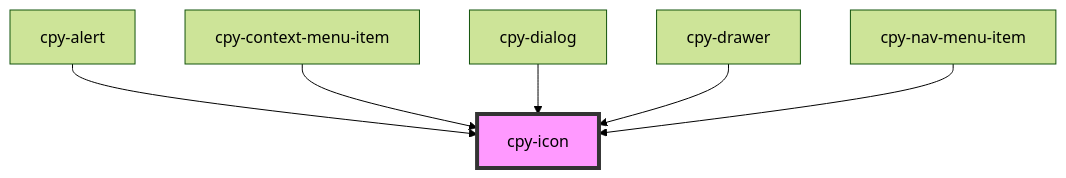
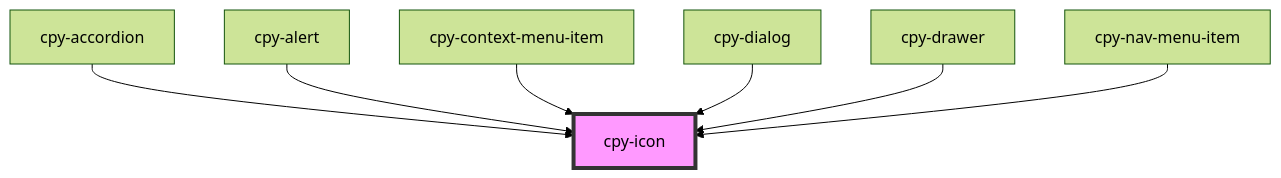
The diagram in stencil-lib/src/components/icon/readme.md (Lith1um/Canopy-Stencil), drawn with Mermaid (forest theme) before and after one commit. The commit also changed other lines of this file and 17 other files, not shown here.

````diff
--- a/stencil-lib/src/components/icon/readme.md
+++ b/stencil-lib/src/components/icon/readme.md
@@ -19,9 +20,10 @@
 ```mermaid
 graph TD;
+  cpy-accordion --> cpy-icon
   cpy-alert --> cpy-icon
   cpy-context-menu-item --> cpy-icon
   cpy-dialog --> cpy-icon
   cpy-drawer --> cpy-icon
   cpy-nav-menu-item --> cpy-icon
   style cpy-icon fill:#f9f,stroke:#333,stroke-width:4px
 ```
````
